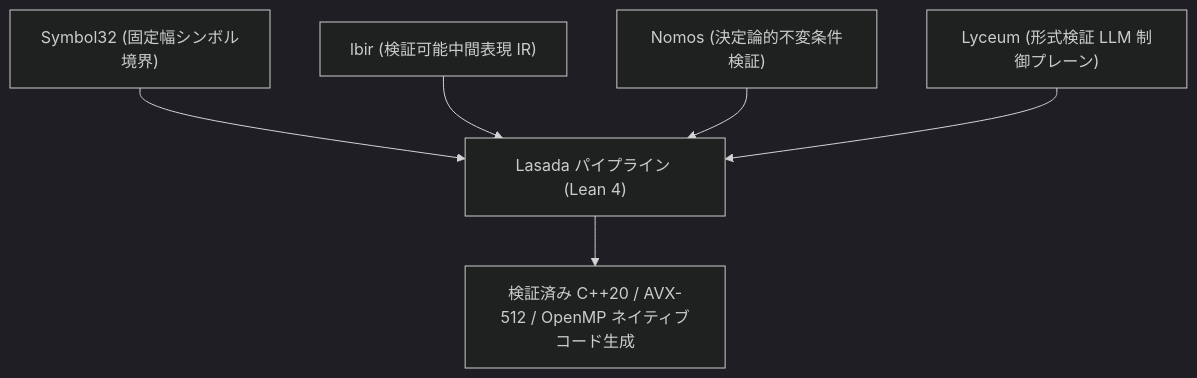
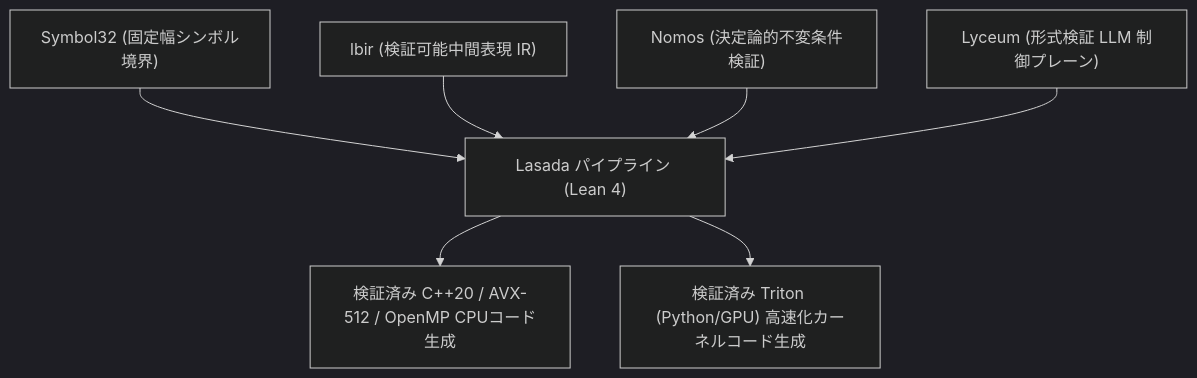
One commit to tasaburoyamada/Lasada changed the diagram in doc/ARCH_LASADA_SYSTEM.md. Above: the diagram before and after it, drawn with Mermaid (dark theme). The commit also changed 6 other files, not shown here.

Commit message:
Adopted BitMoE (1bit Experts + Dense Gate) architecture: updated specifications, ModelSpec.lean, TestLasada, and generated Lasada-BitMoE-40B model config

````diff
--- a/doc/ARCH_LASADA_SYSTEM.md
+++ b/doc/ARCH_LASADA_SYSTEM.md
@@ -14,8 +14,9 @@
 ```mermaid
 graph TD
     A["Symbol32 (固定幅シンボル境界)"] --> D["Lasada パイプライン (Lean 4)"]
     B["lbir (検証可能中間表現 IR)"] --> D
     C["Nomos (決定論的不変条件検証)"] --> D
     E["Lyceum (形式検証 LLM 制御プレーン)"] --> D
-    D --> F["検証済み C++20 / AVX-512 / OpenMP ネイティブコード生成"]
+    D --> F1["検証済み C++20 / AVX-512 / OpenMP CPUコード生成"]
+    D --> F2["検証済み Triton (Python/GPU) 高速化カーネルコード生成"]
 ```
````
